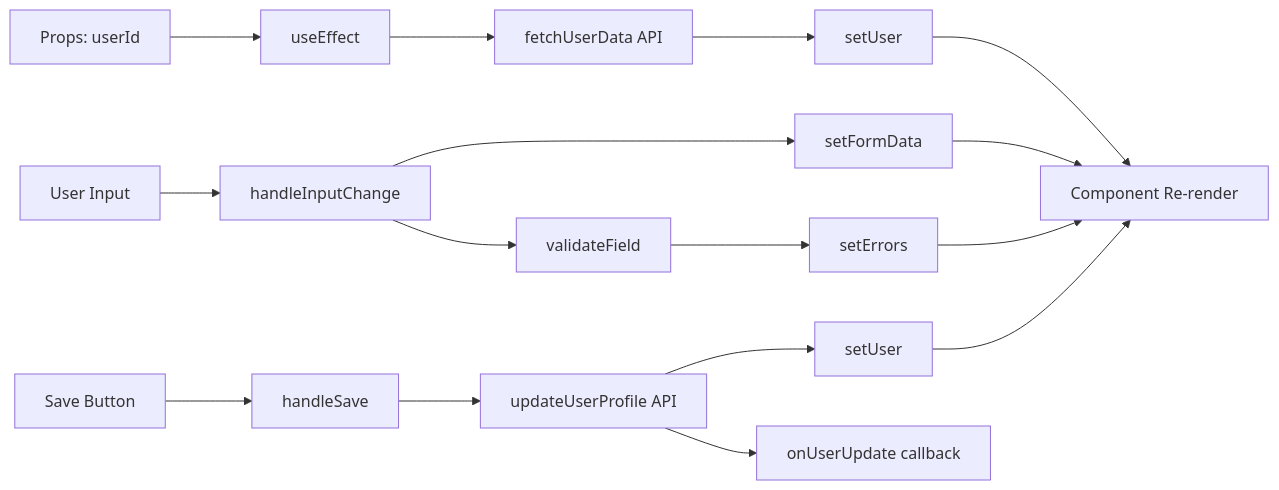
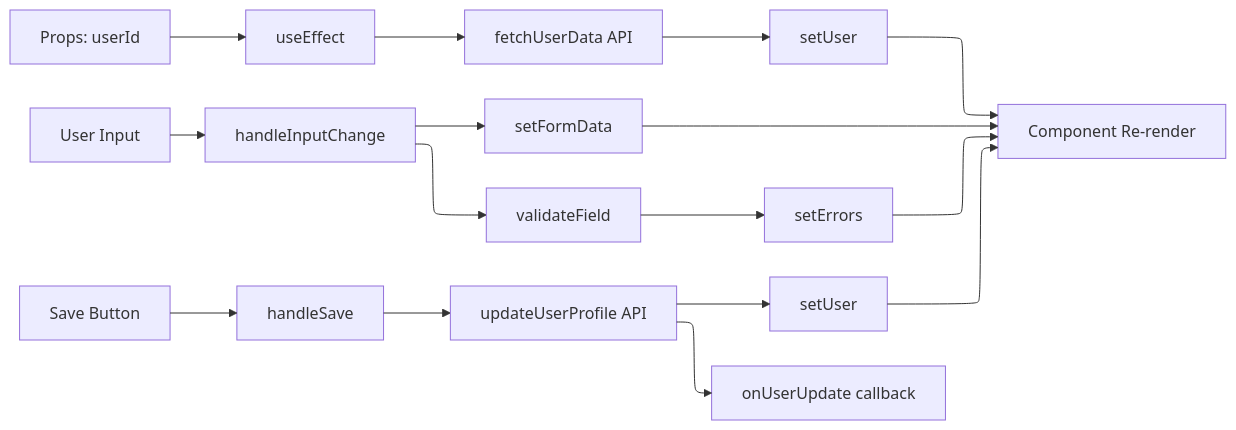
Before and after one commit to Alex-Mathai-98/AI-Agent-Coding: the third of 3 diagrams in skills/explain/SKILL.md, drawn with Mermaid. The commit also changed other lines of this file and 2 other files, not shown here.

Commit message:
adding preferences to the kind of mermaid diagram i like

````diff
--- a/skills/explain/SKILL.md
+++ b/skills/explain/SKILL.md
@@ -499,20 +506,27 @@
 ```mermaid
+---
+config:
+  layout: elk
+  elk:
+    nodePlacementStrategy: BRANDES_KOEPF
+    mergeEdges: false
+---
 flowchart LR
     A[Props: userId] --> B[useEffect]
     B --> C[fetchUserData API]
     C --> D[setUser]
     D --> E[Component Re-render]
     
     F[User Input] --> G[handleInputChange]
     G --> H[setFormData]
     G --> I[validateField]
     I --> J[setErrors]
     H --> E
     J --> E
     
     K[Save Button] --> L[handleSave]
     L --> M[updateUserProfile API]
     M --> N[setUser]
     M --> O[onUserUpdate callback]
     N --> E
 ```
````
